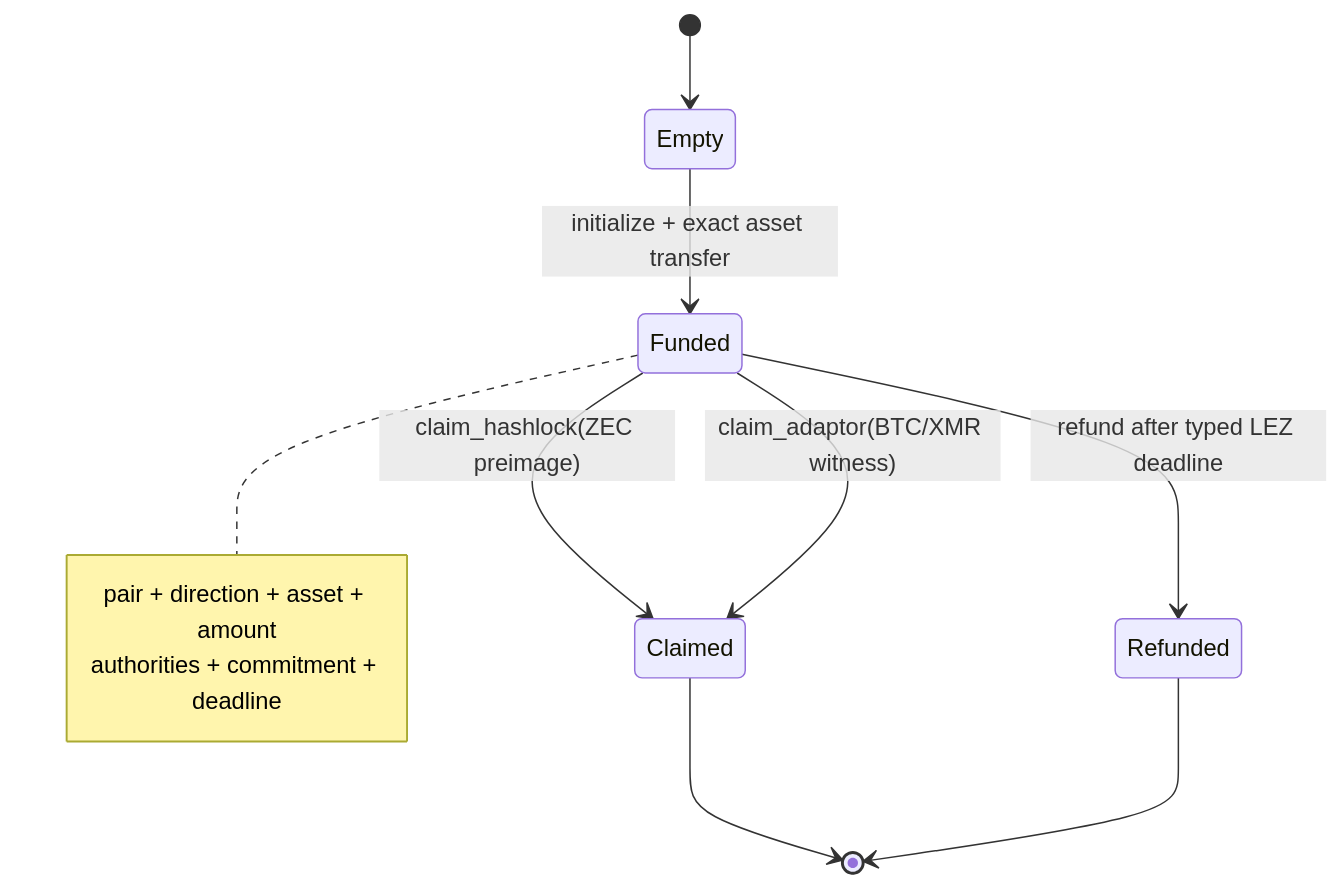
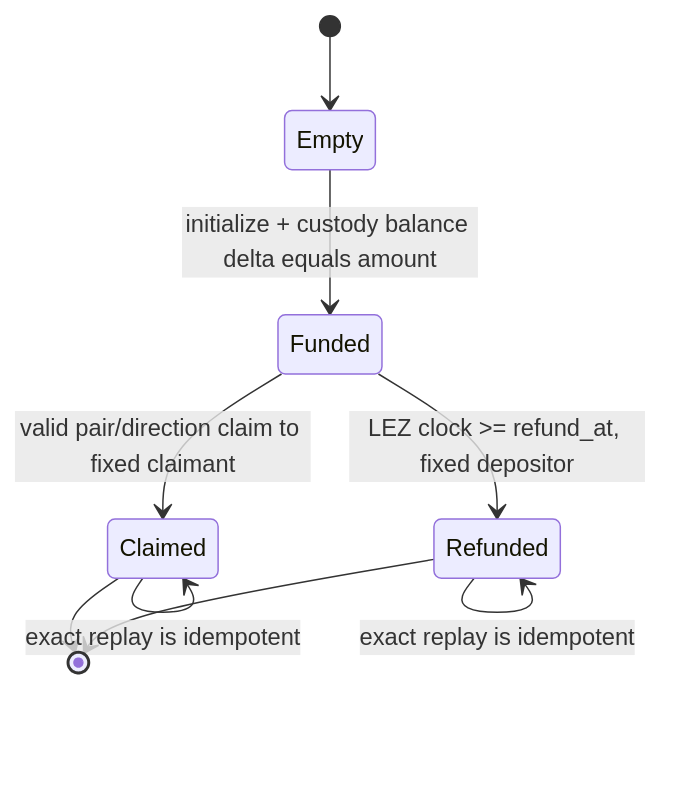
The second of 2 diagrams in docs/milestone-1/lez-escrow-design.md (gateway-fm/lez-atomic-swaps), drawn with Mermaid before and after one commit. The commit also changed other lines of this file and 12 other files, not shown here.

Commit message:
docs: finalize milestone one architecture designs

````diff
--- a/docs/milestone-1/lez-escrow-design.md
+++ b/docs/milestone-1/lez-escrow-design.md
@@ -5,14 +56,11 @@
 ```mermaid
 stateDiagram-v2
     [*] --> Empty
-    Empty --> Funded: initialize + exact asset transfer
-    Funded --> Claimed: claim_hashlock(ZEC preimage)
-    Funded --> Claimed: claim_adaptor(BTC/XMR witness)
-    Funded --> Refunded: refund after typed LEZ deadline
+    Empty --> Funded: initialize + custody balance delta equals amount
+    Funded --> Claimed: valid pair/direction claim to fixed claimant
+    Funded --> Refunded: LEZ clock >= refund_at, fixed depositor
+    Claimed --> Claimed: exact replay is idempotent
+    Refunded --> Refunded: exact replay is idempotent
     Claimed --> [*]
     Refunded --> [*]
-    note right of Funded
-      pair + direction + asset + amount
-      authorities + commitment + deadline
-    end note
 ```
````
